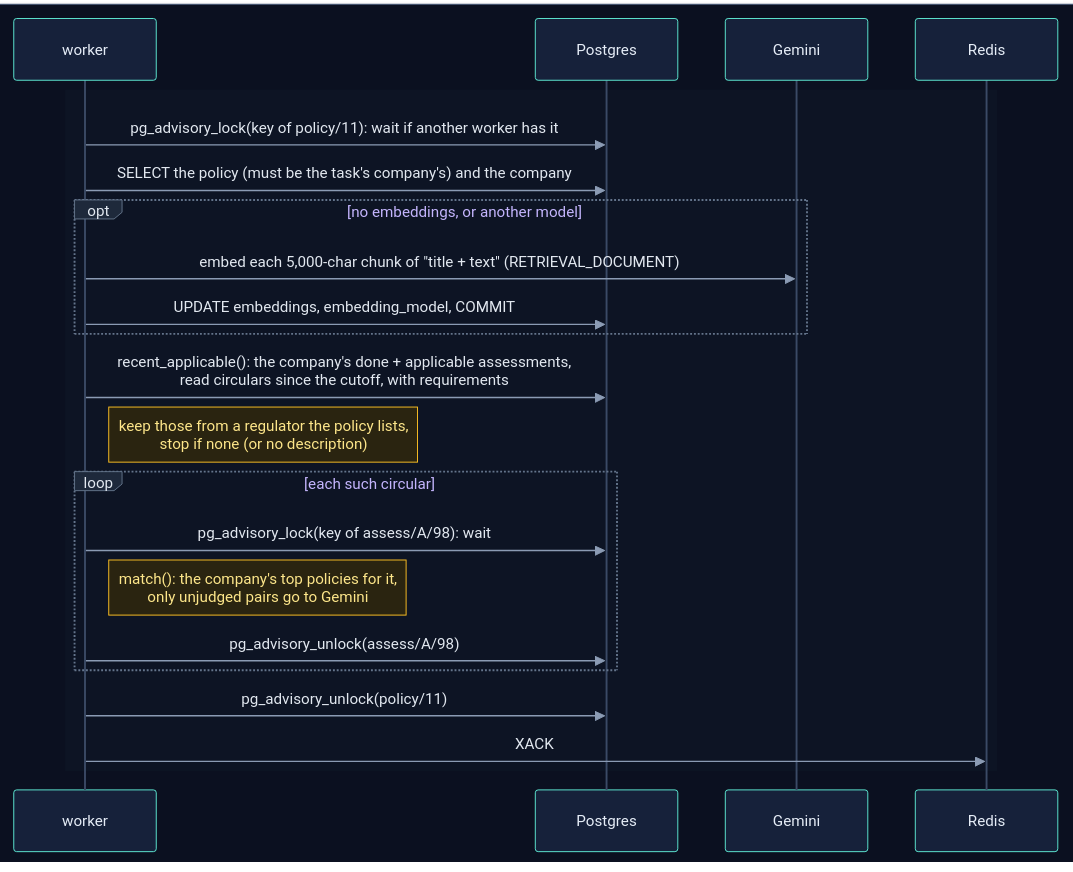
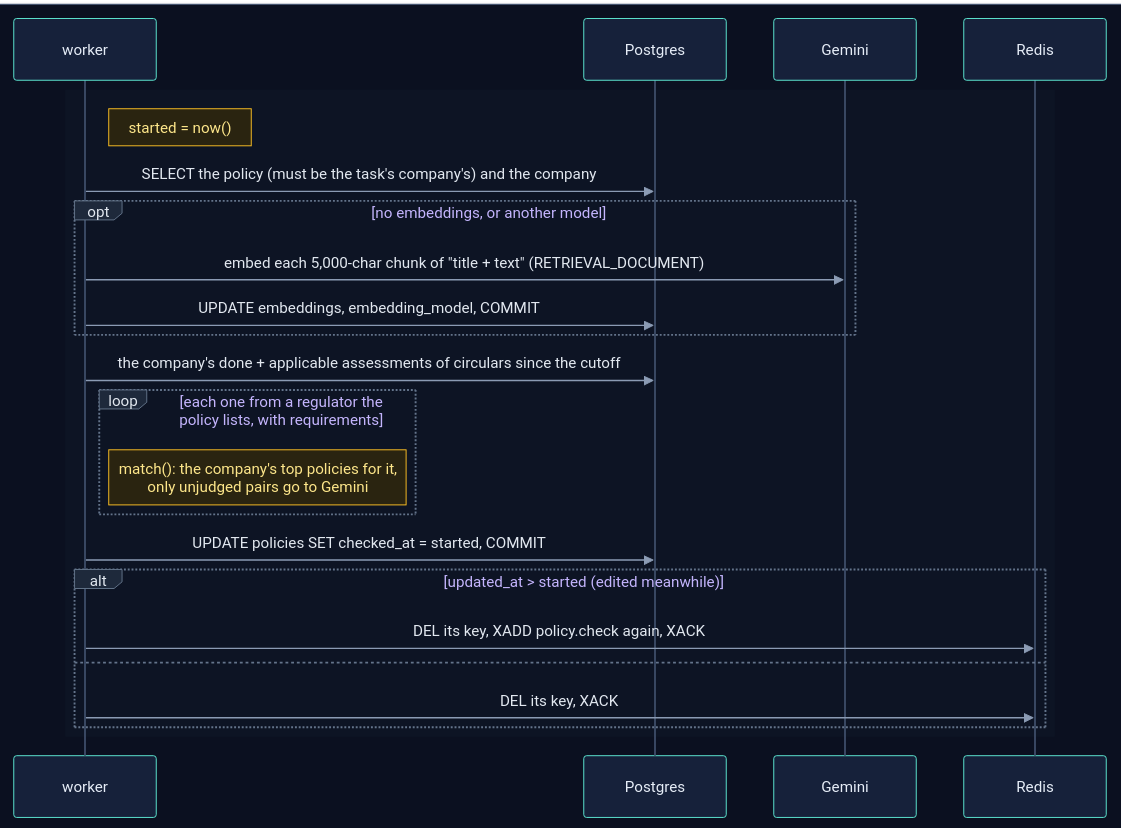
Diagram 14 of 19 in backend/worker/INTERNALS.md (selvakumarperumal/Regulatory_Circular_Impact_Agent), drawn with Mermaid before and after one commit. The commit also changed other lines of this file and 7 other files, not shown here.

Commit message:
Document the lock-free queue and policy status

````diff
--- a/backend/worker/INTERNALS.md
+++ b/backend/worker/INTERNALS.md
@@ -728,28 +701,29 @@
 ```mermaid
 %%{init: {"theme": "base", "sequence": {"diagramMarginX": 0, "diagramMarginY": 0}, "themeVariables": {"darkMode": true, "primaryColor": "#16213a", "primaryTextColor": "#e6edf7", "primaryBorderColor": "#475a7a", "lineColor": "#8b9bb4", "secondaryColor": "#1b2436", "tertiaryColor": "#101a2e", "edgeLabelBackground": "#0f172a", "textColor": "#e2e8f0", "actorBkg": "#16213a", "actorBorder": "#5eead4", "actorTextColor": "#e6edf7", "actorLineColor": "#3b4a66", "signalColor": "#8b9bb4", "signalTextColor": "#e2e8f0", "noteBkgColor": "#2a2410", "noteBorderColor": "#fbbf24", "noteTextColor": "#fde68a", "labelBoxBkgColor": "#1e293b", "labelBoxBorderColor": "#64748b", "labelTextColor": "#e2e8f0", "loopTextColor": "#c4b5fd", "sequenceNumberColor": "#0b1020", "activationBkgColor": "#1e293b"}}}%%
 sequenceDiagram
     box rgb(11, 16, 32)
         participant K as worker
         participant PG as Postgres
         participant G as Gemini
         participant R as Redis
     end
 
     rect rgb(13, 20, 36)
-        K->>PG: pg_advisory_lock(key of policy/11): wait if another worker has it
+        Note right of K: started = now()
         K->>PG: SELECT the policy (must be the task's company's) and the company
         opt no embeddings, or another model
             K->>G: embed each 5,000-char chunk of "title + text" (RETRIEVAL_DOCUMENT)
             K->>PG: UPDATE embeddings, embedding_model, COMMIT
         end
-        K->>PG: recent_applicable(): the company's done + applicable assessments,<br/>read circulars since the cutoff, with requirements
-        Note right of K: keep those from a regulator the policy lists,<br/>stop if none (or no description)
-        loop each such circular
-            K->>PG: pg_advisory_lock(key of assess/A/98): wait
+        K->>PG: the company's done + applicable assessments of circulars since the cutoff
+        loop each one from a regulator the policy lists, with requirements
             Note right of K: match(): the company's top policies for it,<br/>only unjudged pairs go to Gemini
-            K->>PG: pg_advisory_unlock(assess/A/98)
         end
-        K->>PG: pg_advisory_unlock(policy/11)
-        K->>R: XACK
+        K->>PG: UPDATE policies SET checked_at = started, COMMIT
+        alt updated_at > started (edited meanwhile)
+            K->>R: DEL its key, XADD policy.check again, XACK
+        else
+            K->>R: DEL its key, XACK
+        end
     end
 ```
````
